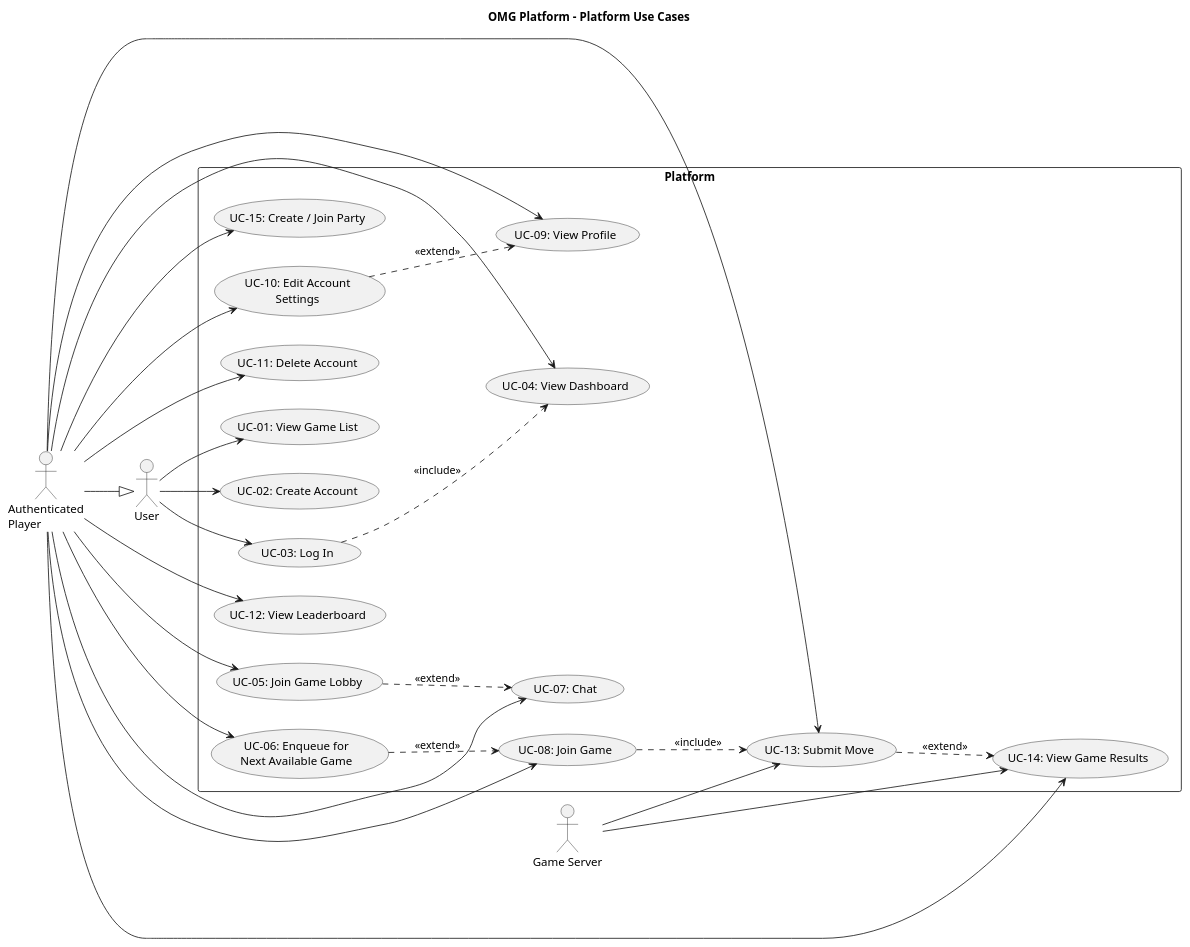
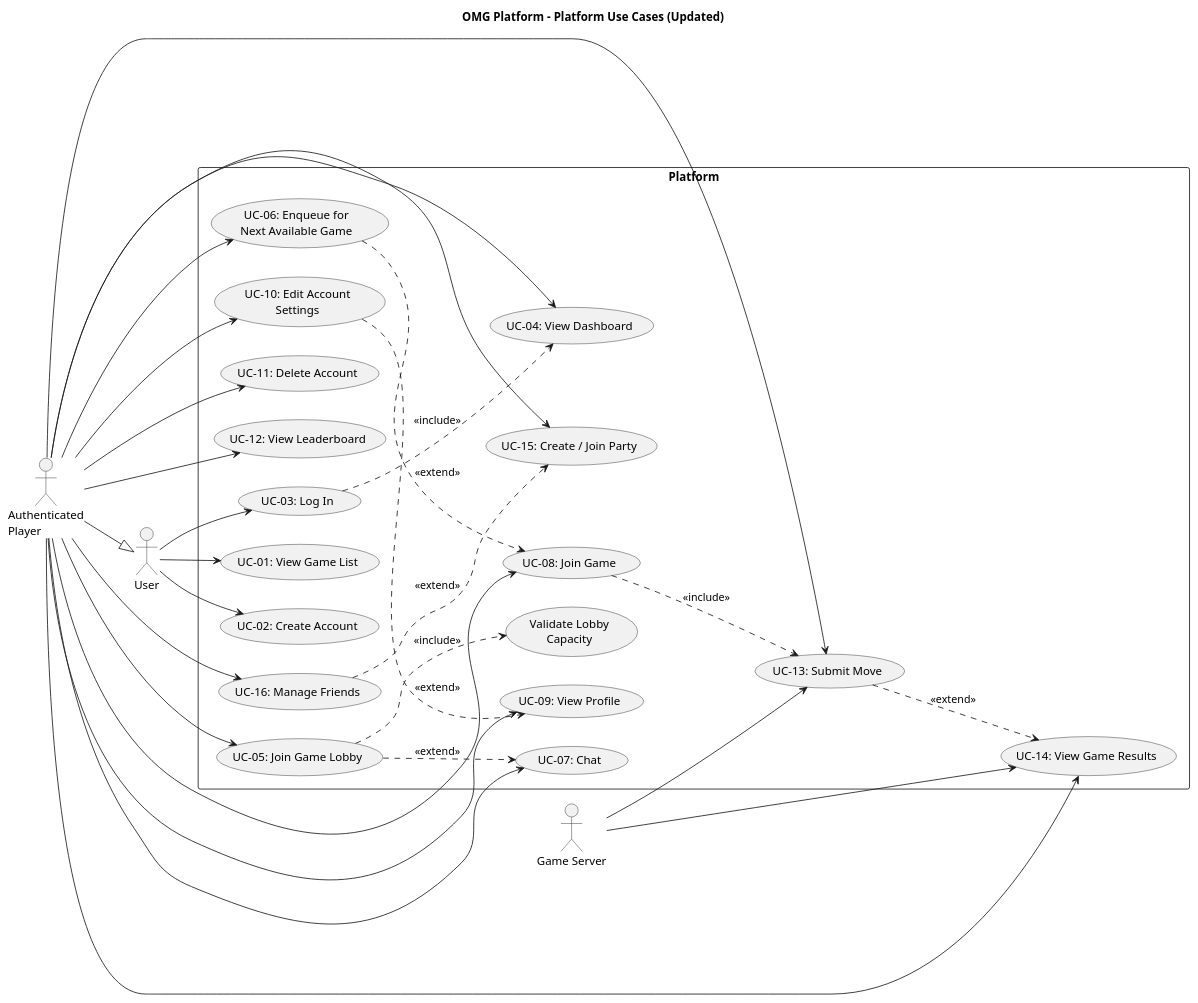
The diagram in docs/03 useCases/Platform UC Descriptions.md (manavpreet1809/Multiplayer-Gaming-Platform), drawn with PlantUML before and after one commit. The commit also changed other lines of this file and 21 other files, not shown here.

````diff
--- a/docs/03 useCases/Platform UC Descriptions.md
+++ b/docs/03 useCases/Platform UC Descriptions.md
@@ -7,60 +12,65 @@
 ```plantuml
 @startuml
-title OMG Platform - Platform Use Cases
+title OMG Platform - Platform Use Cases (Updated)
 
 left to right direction
 skinparam packageStyle rectangle
 
 actor "User" as User
 actor "Authenticated\nPlayer" as AuthPlayer
 actor "Game Server" as Server
 
 AuthPlayer --|> User
 
 rectangle "Platform" {
   usecase "UC-01: View Game List" as UC01
   usecase "UC-02: Create Account" as UC02
   usecase "UC-03: Log In" as UC03
   usecase "UC-04: View Dashboard" as UC04
   usecase "UC-05: Join Game Lobby" as UC05
   usecase "UC-06: Enqueue for\nNext Available Game" as UC06
   usecase "UC-07: Chat" as UC07
   usecase "UC-08: Join Game" as UC08
   usecase "UC-09: View Profile" as UC09
   usecase "UC-10: Edit Account\nSettings" as UC10
   usecase "UC-11: Delete Account" as UC11
   usecase "UC-12: View Leaderboard" as UC12
   usecase "UC-13: Submit Move" as UC13
   usecase "UC-14: View Game Results" as UC14
   usecase "UC-15: Create / Join Party" as UC15
+  usecase "UC-16: Manage Friends" as UC16
+  usecase "Validate Lobby\nCapacity" as VLC
 }
 
 User --> UC01
 User --> UC02
 User --> UC03
 
 AuthPlayer --> UC04
 AuthPlayer --> UC05
 AuthPlayer --> UC06
 AuthPlayer --> UC07
 AuthPlayer --> UC08
 AuthPlayer --> UC09
 AuthPlayer --> UC10
 AuthPlayer --> UC11
 AuthPlayer --> UC12
 AuthPlayer --> UC13
 AuthPlayer --> UC14
 AuthPlayer --> UC15
+AuthPlayer --> UC16
 
 Server --> UC13
 Server --> UC14
 
 UC03 ..> UC04 : <<include>>
 UC05 ..> UC07 : <<extend>>
+UC05 ..> VLC : <<include>>
 UC06 ..> UC08 : <<extend>>
 UC08 ..> UC13 : <<include>>
 UC13 ..> UC14 : <<extend>>
 UC10 ..> UC09 : <<extend>>
+UC16 ..> UC15 : <<extend>>
 
 @enduml
 ```
````
